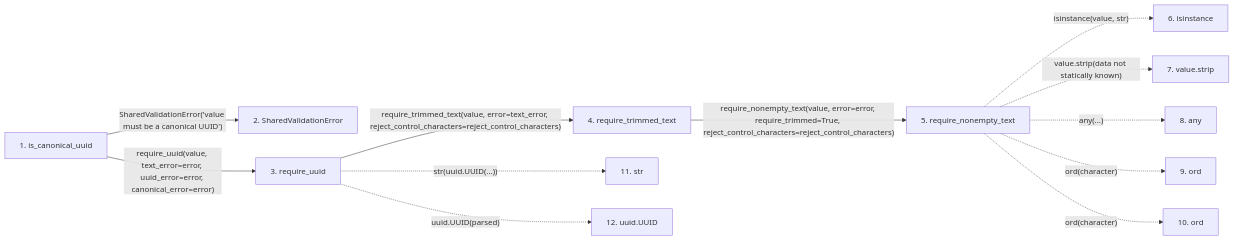
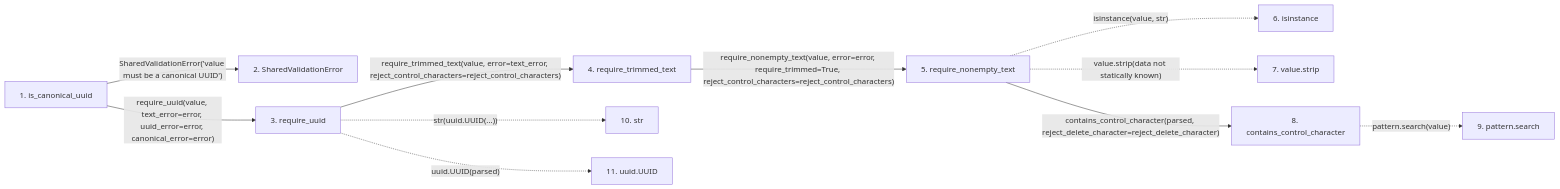
One commit to Denissvgn/python-wiki-llm changed the second of 2 diagrams in docs/llm_wiki/flows/api-is_canonical_uuid.md. Above: the diagram before and after it, drawn with Mermaid. The commit also changed other lines of this file and 865 other files, not shown here.

````diff
--- a/docs/llm_wiki/flows/api-is_canonical_uuid.md
+++ b/docs/llm_wiki/flows/api-is_canonical_uuid.md
@@ -39,31 +38,30 @@
 ```mermaid
 flowchart LR
     s1["1. is_canonical_uuid"]
     s2["2. SharedValidationError"]
     s3["3. require_uuid"]
     s4["4. require_trimmed_text"]
     s5["5. require_nonempty_text"]
     s6["6. isinstance"]
     s7["7. value.strip"]
-    s8["8. any"]
-    s9["9. ord"]
-    s10["10. ord"]
-    s11["11. str"]
-    s12["12. uuid.UUID"]
+    s8["8. contains_control_character"]
+    s9["9. pattern.search"]
+    s10["10. str"]
+    s11["11. uuid.UUID"]
     s1 -->|"SharedValidationError('value must be a canonical UUID')"| s2
     s1 -->|"require_uuid(value, text_error=error, uuid_error=error, canonical_error=error)"| s3
     s3 -->|"require_trimmed_text(value, error=text_error, reject_control_characters=reject_control_characters)"| s4
     s4 -->|"require_nonempty_text(value, error=error, require_trimmed=True, reject_control_characters=reject_control_characters)"| s5
     s5 -. "isinstance(value, str)" .-> s6
     s5 -. "value.strip(data not statically known)" .-> s7
-    s5 -. "any(...)" .-> s8
-    s5 -. "ord(character)" .-> s9
-    s5 -. "ord(character)" .-> s10
-    s3 -. "str(uuid.UUID(...))" .-> s11
-    s3 -. "uuid.UUID(parsed)" .-> s12
+    s5 -->|"contains_control_character(parsed, reject_delete_character=reject_delete_character)"| s8
+    s8 -. "pattern.search(value)" .-> s9
+    s3 -. "str(uuid.UUID(...))" .-> s10
+    s3 -. "uuid.UUID(parsed)" .-> s11
     click s1 "../modules/validation.md"
     click s2 "../modules/validation.md"
     click s3 "../modules/validation.md"
     click s4 "../modules/validation.md"
     click s5 "../modules/validation.md"
+    click s8 "../modules/validation.md"
 ```
````
